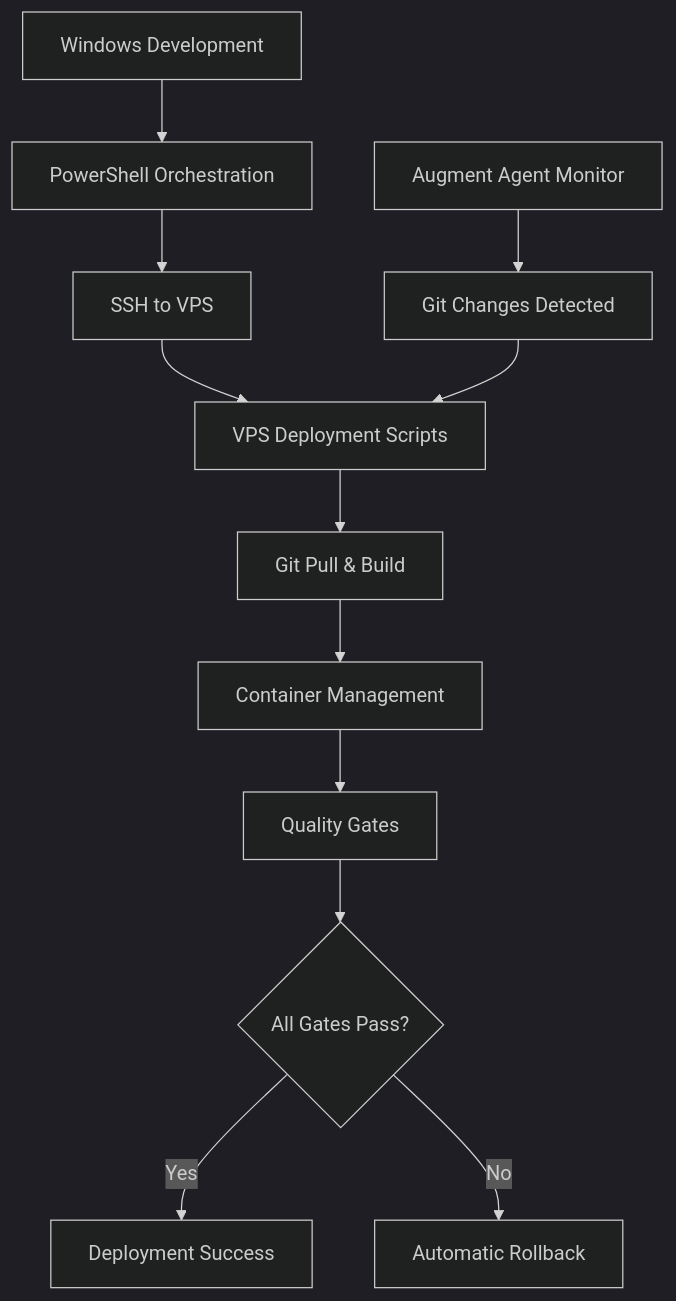
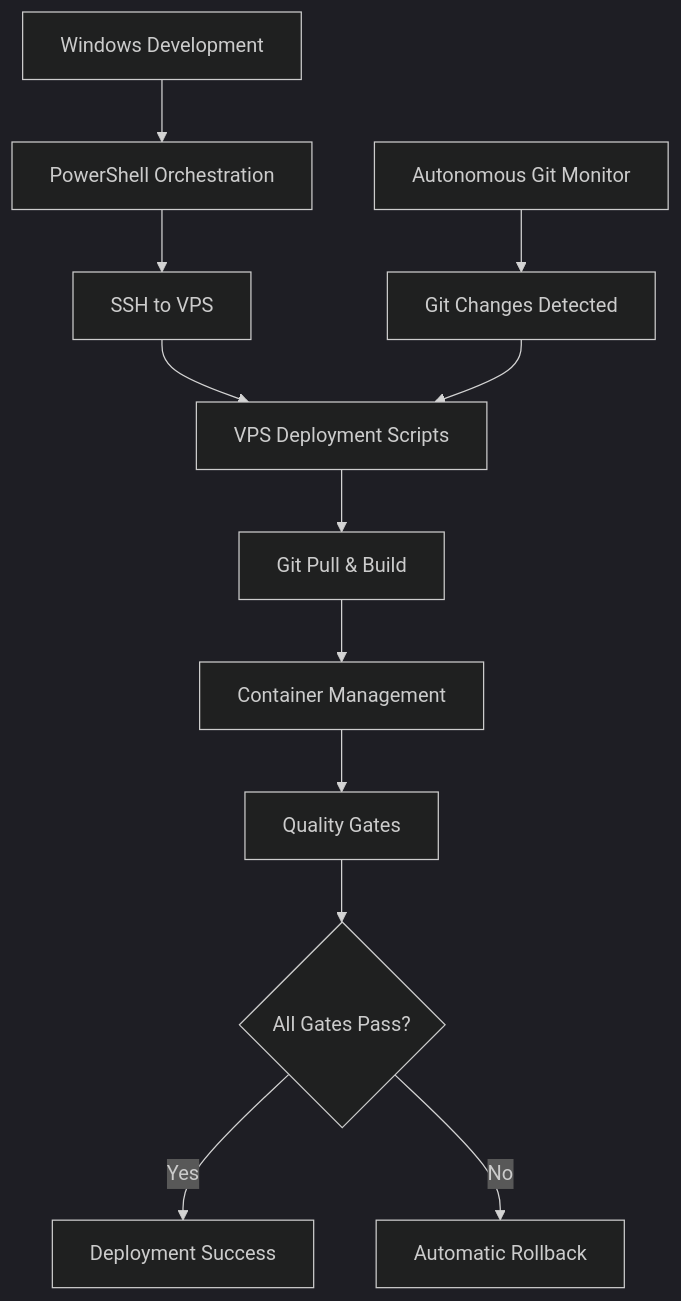
One commit to CloudToLocalLLM-online/CloudToLocalLLM changed the diagram in docs/DEPLOYMENT/RESTORED_VPS_DEPLOYMENT_GUIDE.md. Above: the diagram before and after it, drawn with Mermaid (dark theme). The commit also changed other lines of this file and 3 other files, not shown here.

First line of the commit message:
Convert to autonomous VPS-based Git monitoring system

````diff
--- a/docs/DEPLOYMENT/RESTORED_VPS_DEPLOYMENT_GUIDE.md
+++ b/docs/DEPLOYMENT/RESTORED_VPS_DEPLOYMENT_GUIDE.md
@@ -25,15 +25,15 @@
 ```mermaid
 graph TD
     A[Windows Development] --> B[PowerShell Orchestration]
     B --> C[SSH to VPS]
     C --> D[VPS Deployment Scripts]
     D --> E[Git Pull & Build]
     E --> F[Container Management]
     F --> G[Quality Gates]
     G --> H{All Gates Pass?}
     H -->|Yes| I[Deployment Success]
     H -->|No| J[Automatic Rollback]
     
-    K[Augment Agent Monitor] --> L[Git Changes Detected]
+    K[Autonomous Git Monitor] --> L[Git Changes Detected]
     L --> D
 ```
````
